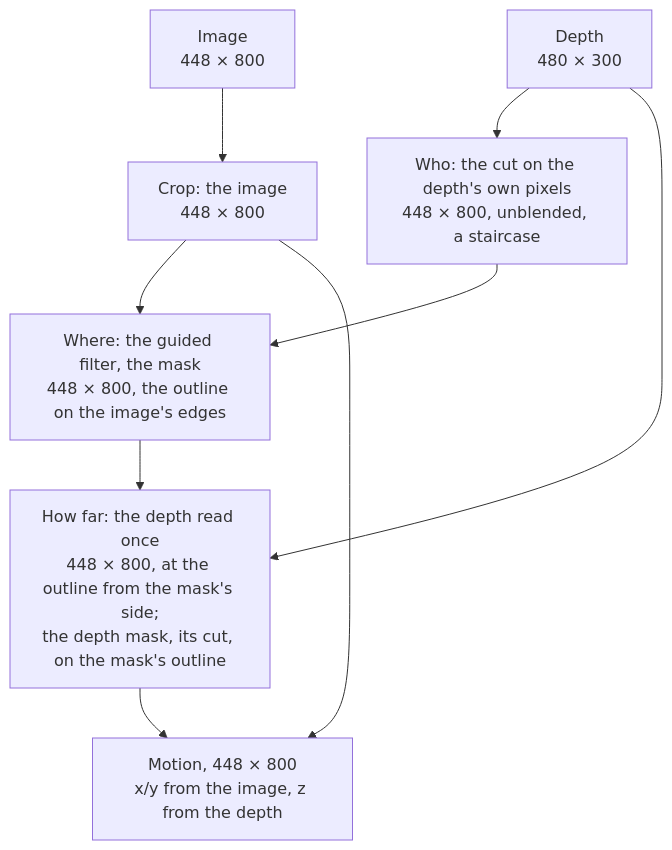
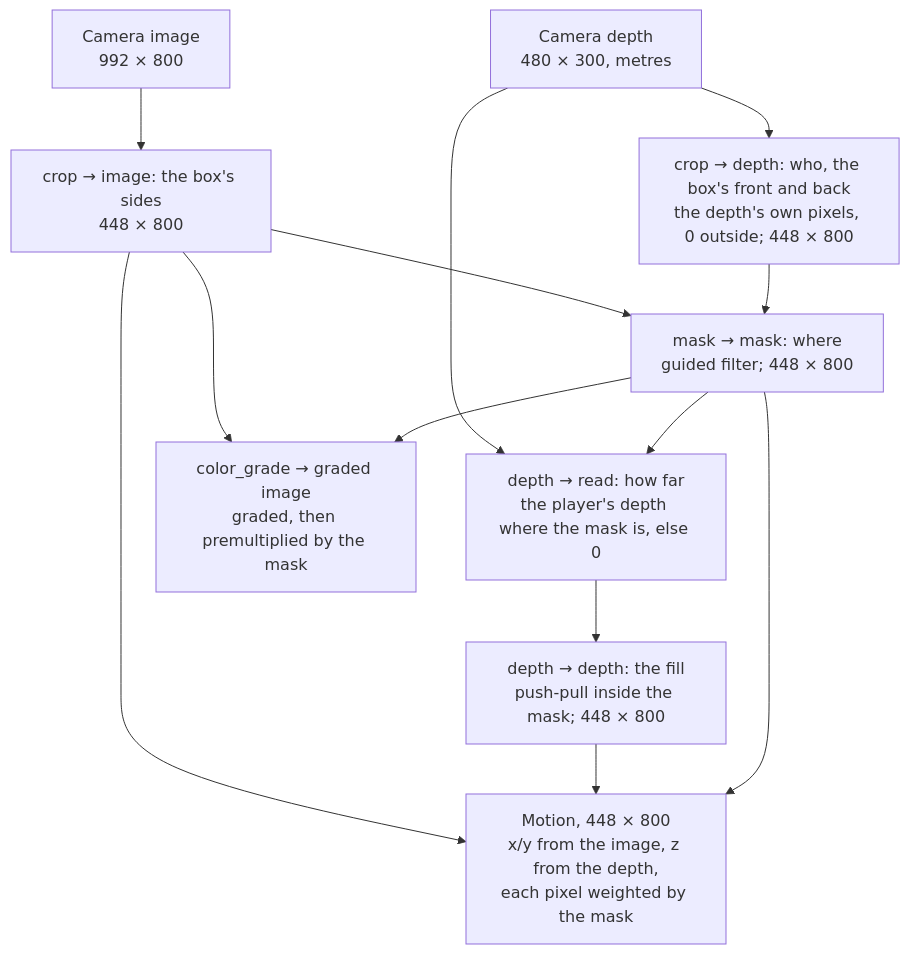
The diagram in modules/flow/VIEW.md (moostrik/Poser2), drawn with Mermaid before and after one commit. The commit also changed other lines of this file and 55 other files, not shown here.

````diff
--- a/modules/flow/VIEW.md
+++ b/modules/flow/VIEW.md
@@ -26,14 +27,23 @@
 ```mermaid
 flowchart TB
-  I["Image<br/>448 × 800"]
-  D["Depth<br/>480 × 300"]
-  C["Crop: the image<br/>448 × 800"]
-  W1["Who: the cut on the depth's own pixels<br/>448 × 800, unblended, a staircase"]
-  W2["Where: the guided filter, the mask<br/>448 × 800, the outline on the image's edges"]
-  H["How far: the depth read once<br/>448 × 800, at the outline from the mask's side;<br/>the depth mask, its cut, on the mask's outline"]
-  M["Motion, 448 × 800<br/>x/y from the image, z from the depth"]
-  I --> C --> W2
-  D --> W1 --> W2 --> H --> M
-  D --> H
+  I["Camera image<br/>992 × 800"]
+  D["Camera depth<br/>480 × 300, metres"]
+  C["crop → image: the box's sides<br/>448 × 800"]
+  K["crop → depth: who, the box's front and back<br/>the depth's own pixels, 0 outside; 448 × 800"]
+  M["mask → mask: where<br/>guided filter; 448 × 800"]
+  R["depth → read: how far<br/>the player's depth where the mask is, else 0"]
+  F["depth → depth: the fill<br/>push-pull inside the mask; 448 × 800"]
+  G["color_grade → graded image<br/>graded, then premultiplied by the mask"]
+  MO["Motion, 448 × 800<br/>x/y from the image, z from the depth,<br/>each pixel weighted by the mask"]
+  I --> C
+  D --> K
   C --> M
+  K --> M
+  D --> R
+  M --> R --> F
+  C --> G
+  M --> G
+  C --> MO
+  F --> MO
+  M --> MO
 ```
````
